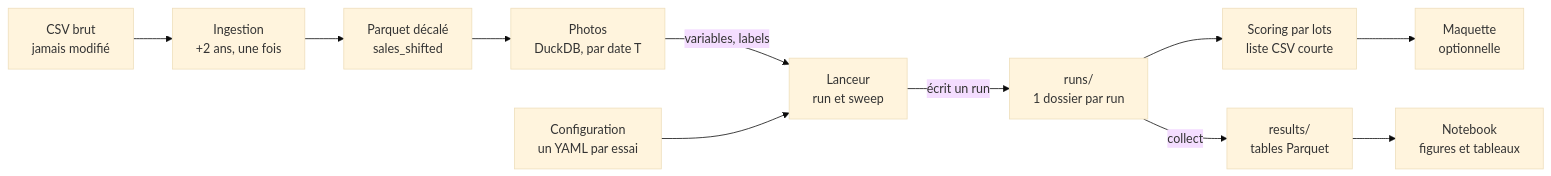
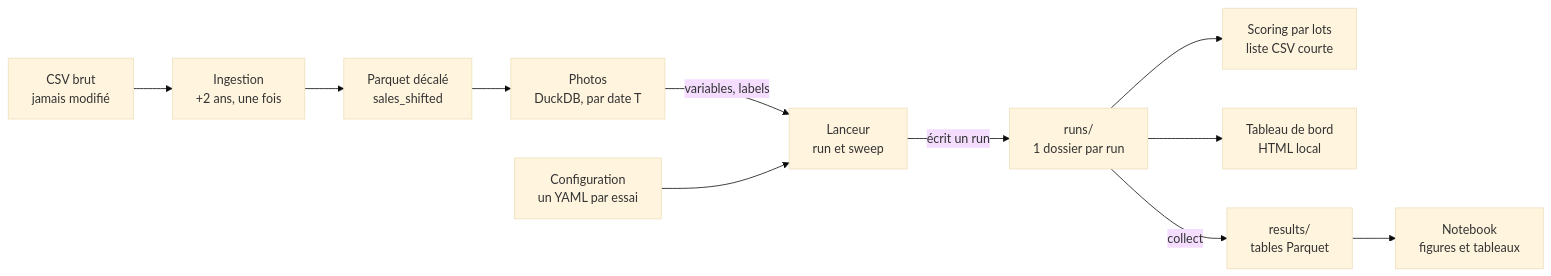
Before and after one commit to aureliendelest/clientco-bcg: the diagram in docs/06_engineering.md, drawn with Mermaid (base theme). The commit also changed other lines of this file and 11 other files, not shown here.

````diff
--- a/docs/06_engineering.md
+++ b/docs/06_engineering.md
@@ -16,9 +16,10 @@
 ```mermaid
 flowchart LR
   A["CSV brut<br/>jamais modifié"] --> B["Ingestion<br/>+2 ans, une fois"] --> C["Parquet décalé<br/>sales_shifted"] --> D["Photos<br/>DuckDB, par date T"]
   D -- "variables, labels" --> E["Lanceur<br/>run et sweep"]
   F["Configuration<br/>un YAML par essai"] --> E
   E -- "écrit un run" --> G["runs/<br/>1 dossier par run"]
-  G --> H["Scoring par lots<br/>liste CSV courte"] --> I["Maquette<br/>optionnelle"]
+  G --> H["Scoring par lots<br/>liste CSV courte"]
+  G --> I["Tableau de bord<br/>HTML local"]
   G -- "collect" --> J["results/<br/>tables Parquet"] --> K["Notebook<br/>figures et tableaux"]
 ```
````
